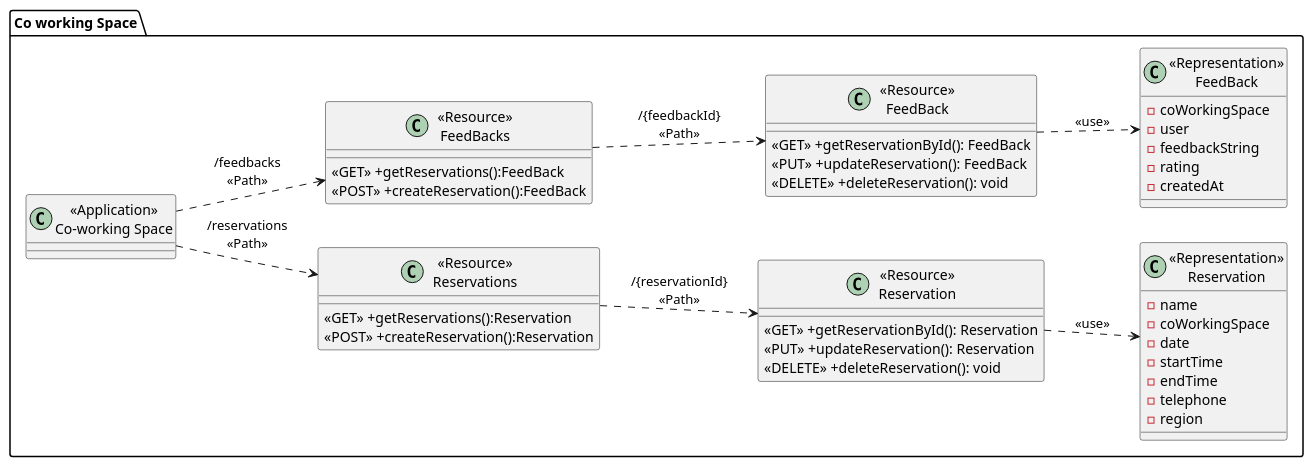
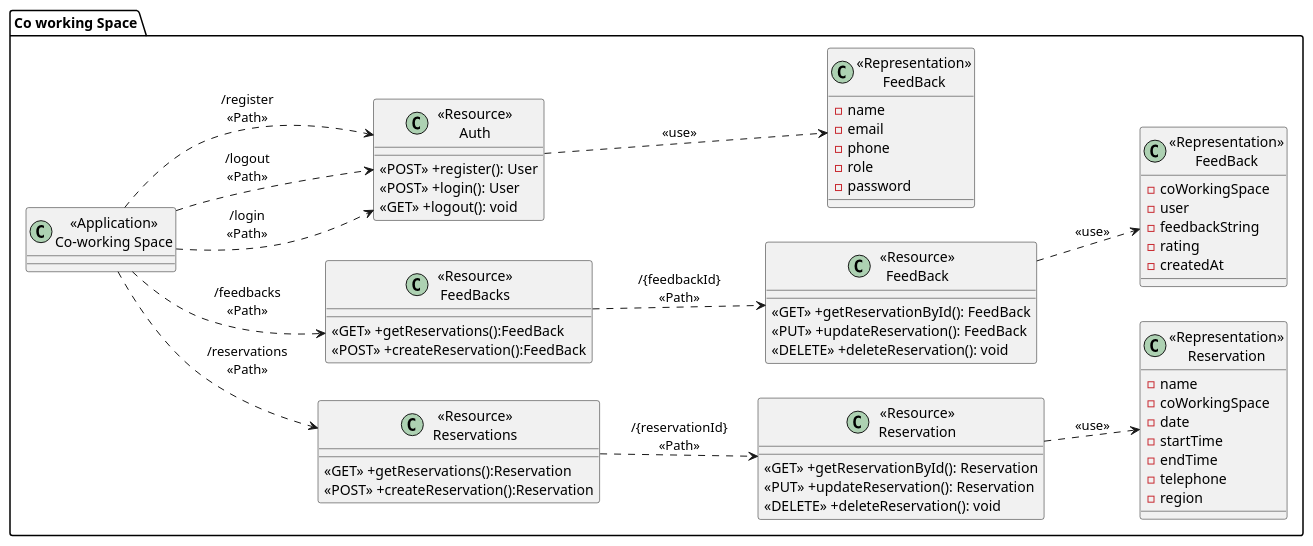
The diagram in uml/coWorking_ClassDiagram.puml (GavinITP/co-working-space-reservation), drawn with PlantUML before and after one commit.

Commit message:
fix class diagram v2

```diff
--- a/uml/coWorking_ClassDiagram.puml
+++ b/uml/coWorking_ClassDiagram.puml
@@ -1,56 +1,75 @@
 @startuml Co-working Class Diagram
 left to right direction
 package "Co working Space"{
     class "<<Application>>\nCo-working Space" as CoWorkingService{}
 
     class "<<Resource>>\nReservations" as ResourceReservations{
         <<GET>> +getReservations():Reservation
         <<POST>> +createReservation():Reservation
     }
 
     class "<<Resource>>\nReservation" as ResourceReservation {
         <<GET>> +getReservationById(): Reservation
         <<PUT>> +updateReservation(): Reservation
         <<DELETE>> +deleteReservation(): void
     }
 
     class "<<Representation>>\nReservation" as RepresentationReservation {
         -name
         -coWorkingSpace
         -date
         -startTime
         -endTime
         -telephone
         -region
     }
 
     class "<<Resource>>\nFeedBacks" as ResourceFeedBacks{
         <<GET>> +getReservations():FeedBack
         <<POST>> +createReservation():FeedBack
     }
 
     class "<<Resource>>\nFeedBack" as ResourceFeedBack {
         <<GET>> +getReservationById(): FeedBack
         <<PUT>> +updateReservation(): FeedBack
         <<DELETE>> +deleteReservation(): void
     }
 
     class "<<Representation>>\nFeedBack" as RepresentationFeedBack {
         -coWorkingSpace
         -user
         -feedbackString
         -rating
         -createdAt
     }
 
+    class "<<Resource>>\nAuth" as ResourceAuth {
+        <<POST>> +register(): User
+        <<POST>> +login(): User
+        <<GET>> +logout(): void
+    }
+
+    class "<<Representation>>\nFeedBack" as RepresentationAuth {
+        -name
+        -email
+        -phone
+        -role
+        -password
+    }
+
 }
 
 CoWorkingService ..> ResourceReservations:"/reservations\n<<Path>>"
 ResourceReservations ..> ResourceReservation: "/{reservationId}\n<<Path>>"
 ResourceReservation ..> RepresentationReservation: "<<use>>"
 
 CoWorkingService ..> ResourceFeedBacks:"/feedbacks\n<<Path>>"
 ResourceFeedBacks ..> ResourceFeedBack: "/{feedbackId}\n<<Path>>"
 ResourceFeedBack ..> RepresentationFeedBack: "<<use>>"
 
+CoWorkingService ..> ResourceAuth:"/login\n<<Path>>"
+CoWorkingService ..> ResourceAuth:"/logout\n<<Path>>"
+CoWorkingService ..> ResourceAuth:"/register\n<<Path>>"
+ResourceAuth ..> RepresentationAuth: "<<use>>"
+
 @enduml
```
